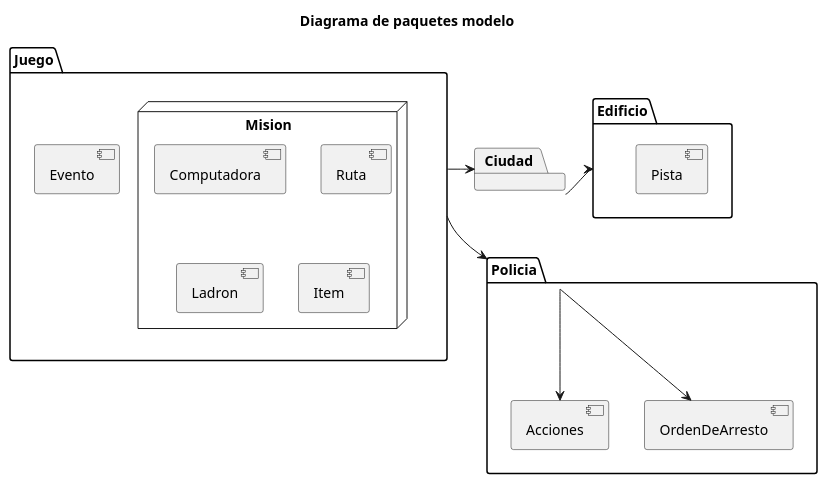
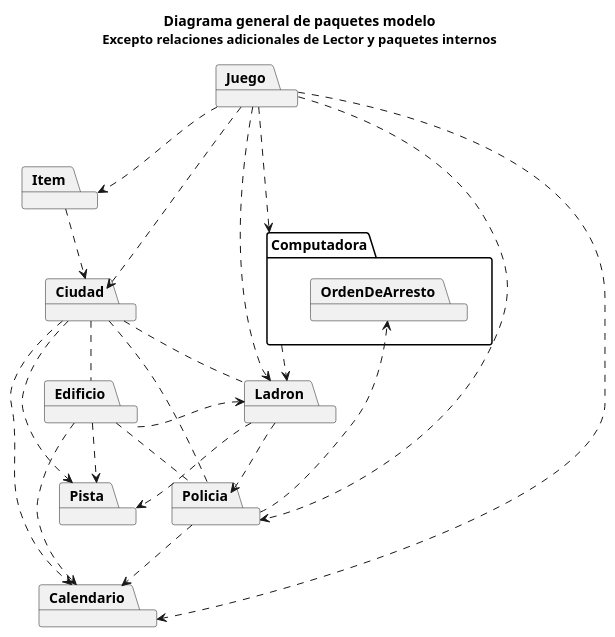
The diagram in diagrams/packages/paquete_modelo.plantuml (MarconMatias/TP2-AyPIII), drawn with PlantUML before and after one commit. The commit also changed 106 other files, not shown here.

Commit message:
Refactor paquetes modelo

```diff
--- a/diagrams/packages/paquete_modelo.plantuml
+++ b/diagrams/packages/paquete_modelo.plantuml
@@ -1,34 +1,53 @@
 @startuml
+title Diagrama general de paquetes modelo\n<size:13>Excepto relaciones adicionales de Lector y paquetes internos</size>
+      
+package Computadora {
+  package OrdenDeArresto
+}
 
-title Diagrama de paquetes modelo
-      
-  package [Juego] {
-    node [Mision] {
-      [Computadora]
-      [Ruta]
-      [Ladron]
-      [Item]
-    }
-    [Evento]
-  }
-  package [Policia] {
-    [Acciones]
-    [OrdenDeArresto]
-  }
-  
-  package [Ciudad]{
-  }
-  package [Edificio] {
-    [Pista]
-  }
-  
+together {
+  package Ciudad
+  package Edificio
+  package Pista
+}
 
-Juego -down-> Policia
-Policia -down-> Acciones
-Policia -right-> OrdenDeArresto
+package Item
+package Calendario
+package Juego
+package Ladron
+package Policia
 
-Juego -right-> Ciudad
-Ciudad -right-> Edificio
+Ciudad ..> Calendario
+Ciudad .. Edificio
+Ciudad .. Ladron
+Ciudad ..> Pista
+Ciudad .. Policia
+
+Computadora ..> Ladron
+
+Edificio ..> Calendario
+Edificio ..> Ladron
+Edificio ..> Pista
+Edificio .. Policia
+
+Item ..> Ciudad
+
+Ladron ..> Pista
+Ladron ..> Policia
+
+' En Misión se instancian clases de estos paquetes
+Juego ..> Calendario
+Juego ..> Ciudad
+Juego ..> Computadora
+Juego ..> Item
+Juego ..> Policia
+Juego ..> Ladron
+
+Policia ..> Calendario
+Policia ..> OrdenDeArresto
 
 
+Calendario -[hidden]right- Pista
+Pista -[hidden]right- Policia
+
 @enduml
```
